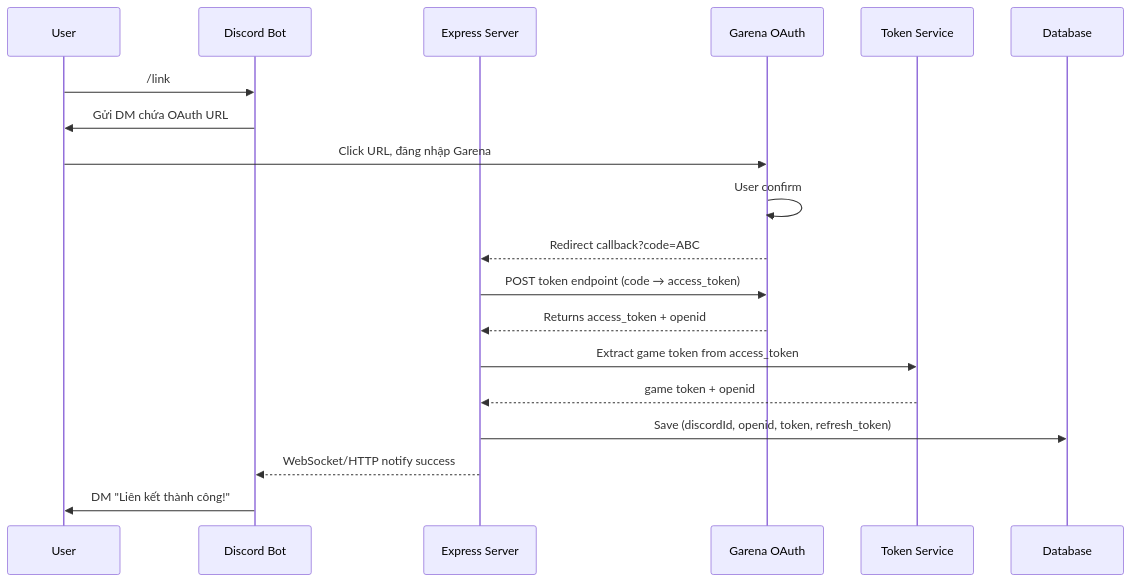
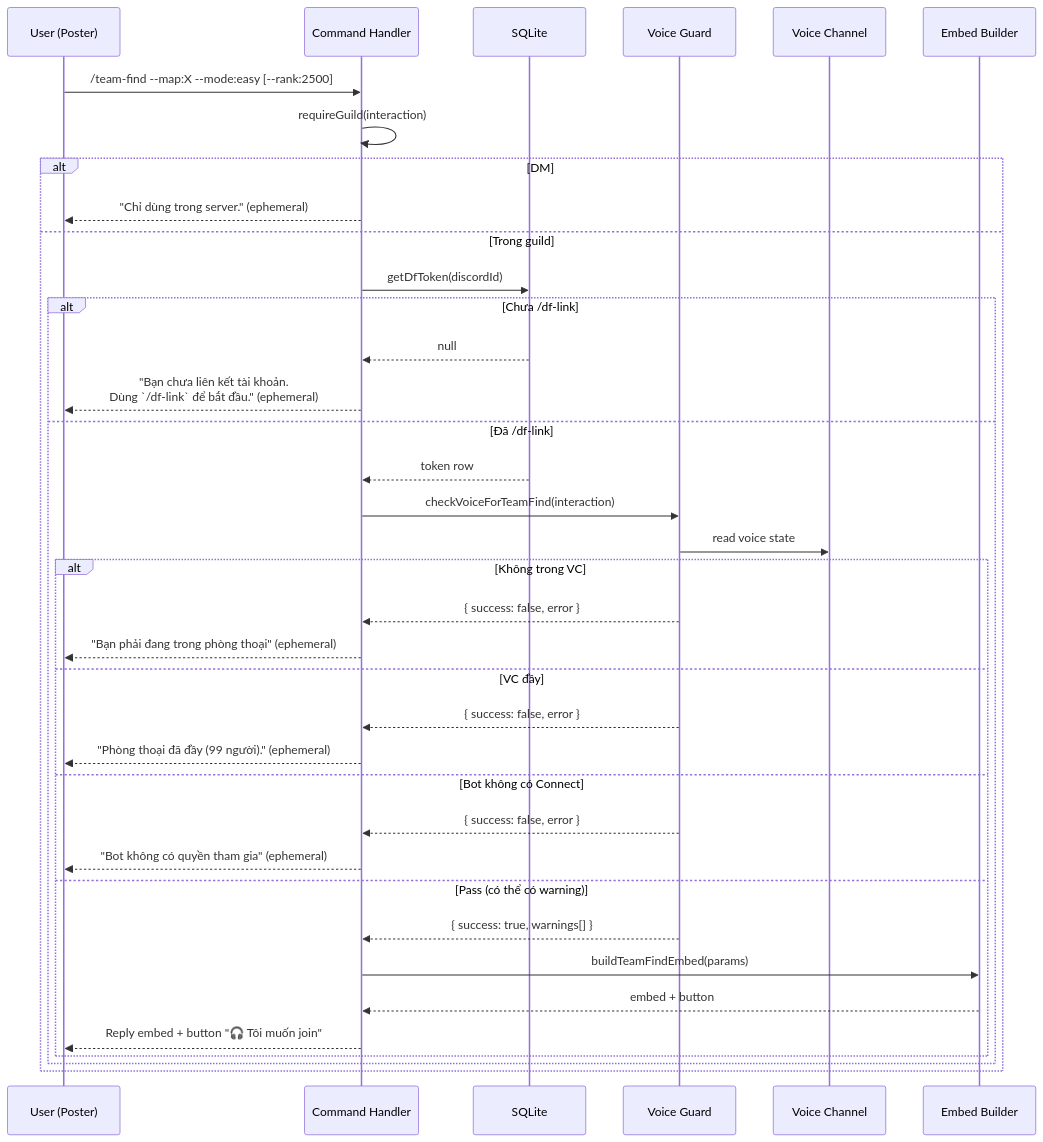
Before and after one commit to Pon1147/bot-klb: the second of 5 diagrams in diagrams.md, drawn with Mermaid. The commit also changed other lines of this file, not shown here.

Commit message:
docs(diagrams.md): update architecture diagrams for /team-find feature

````diff
--- a/diagrams.md
+++ b/diagrams.md
@@ -51,22 +40,41 @@
 ```mermaid
 sequenceDiagram
-    participant U as User
-    participant B as Discord Bot
-    participant E as Express Server
-    participant G as Garena OAuth
-    participant T as Token Service
-    participant D as Database
+    participant U as User (Poster)
+    participant C as Command Handler
+    participant DB as SQLite
+    participant G as Voice Guard
+    participant VC as Voice Channel
+    participant B as Embed Builder
 
-    U->>B: /link
-    B->>U: Gửi DM chứa OAuth URL
-    U->>G: Click URL, đăng nhập Garena
-    G->>G: User confirm
-    G-->>E: Redirect callback?code=ABC
-    E->>G: POST token endpoint (code → access_token)
-    G-->>E: Returns access_token + openid
-    E->>T: Extract game token from access_token
-    T-->>E: game token + openid
-    E->>D: Save (discordId, openid, token, refresh_token)
-    E-->>B: WebSocket/HTTP notify success
-    B->>U: DM "Liên kết thành công!"
+    U->>C: /team-find --map:X --mode:easy [--rank:2500]
+    C->>C: requireGuild(interaction)
+    alt DM
+        C-->>U: "Chỉ dùng trong server." (ephemeral)
+    else Trong guild
+        C->>DB: getDfToken(discordId)
+        alt Chưa /df-link
+            DB-->>C: null
+            C-->>U: "Bạn chưa liên kết tài khoản.<br/>Dùng `/df-link` để bắt đầu." (ephemeral)
+        else Đã /df-link
+            DB-->>C: token row
+            C->>G: checkVoiceForTeamFind(interaction)
+            G->>VC: read voice state
+
+            alt Không trong VC
+                G-->>C: { success: false, error }
+                C-->>U: "Bạn phải đang trong phòng thoại" (ephemeral)
+            else VC đầy
+                G-->>C: { success: false, error }
+                C-->>U: "Phòng thoại đã đầy (99 người)." (ephemeral)
+            else Bot không có Connect
+                G-->>C: { success: false, error }
+                C-->>U: "Bot không có quyền tham gia" (ephemeral)
+            else Pass (có thể có warning)
+                G-->>C: { success: true, warnings[] }
+                C->>B: buildTeamFindEmbed(params)
+                B-->>C: embed + button
+                C-->>U: Reply embed + button "🎧 Tôi muốn join"
+            end
+        end
+    end
 ```
````
